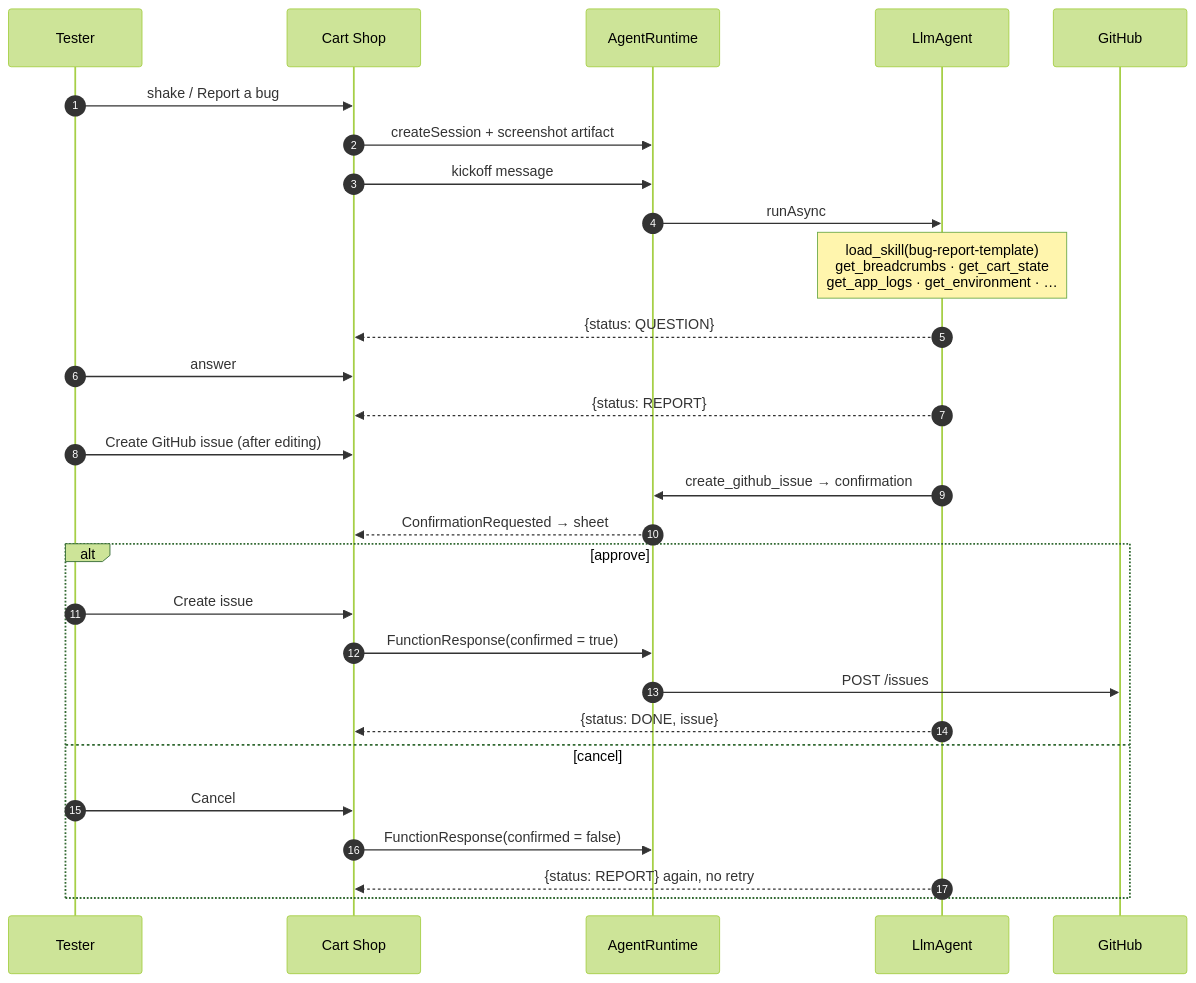
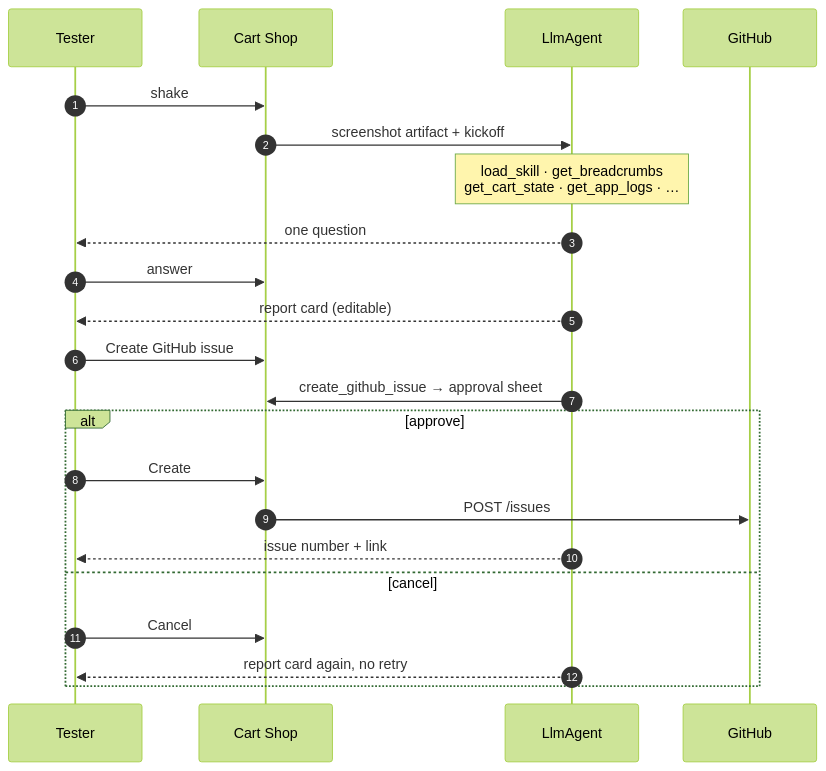
Before and after one commit to ykro/cart-shop-demo: the second of 2 diagrams in README.md, drawn with Mermaid (forest theme). The commit also changed other lines of this file, not shown here.

First line of the commit message:
Trail Aid: start the CPR metronome deterministically; clearer diagrams; public repos

````diff
--- a/README.md
+++ b/README.md
@@ -82,30 +54,24 @@
 ```mermaid
 sequenceDiagram
   autonumber
   participant T as Tester
   participant App as Cart Shop
-  participant R as AgentRuntime
   participant A as LlmAgent
   participant GH as GitHub
-  T->>App: shake / Report a bug
-  App->>R: createSession + screenshot artifact
-  App->>R: kickoff message
-  R->>A: runAsync
-  Note over A: load_skill(bug-report-template)<br/>get_breadcrumbs · get_cart_state<br/>get_app_logs · get_environment · …
-  A-->>App: {status: QUESTION}
+  T->>App: shake
+  App->>A: screenshot artifact + kickoff
+  Note over A: load_skill · get_breadcrumbs<br/>get_cart_state · get_app_logs · …
+  A-->>T: one question
   T->>App: answer
-  A-->>App: {status: REPORT}
-  T->>App: Create GitHub issue (after editing)
-  A->>R: create_github_issue → confirmation
-  R-->>App: ConfirmationRequested → sheet
+  A-->>T: report card (editable)
+  T->>App: Create GitHub issue
+  A->>App: create_github_issue → approval sheet
   alt approve
-    T->>App: Create issue
-    App->>R: FunctionResponse(confirmed = true)
-    R->>GH: POST /issues
-    A-->>App: {status: DONE, issue}
+    T->>App: Create
+    App->>GH: POST /issues
+    A-->>T: issue number + link
   else cancel
     T->>App: Cancel
-    App->>R: FunctionResponse(confirmed = false)
-    A-->>App: {status: REPORT} again, no retry
+    A-->>T: report card again, no retry
   end
 ```
````
